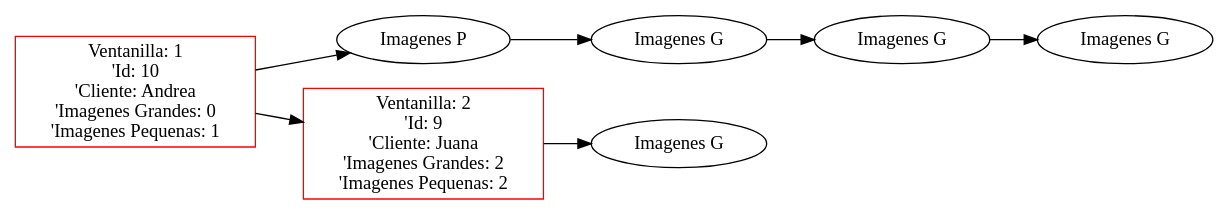
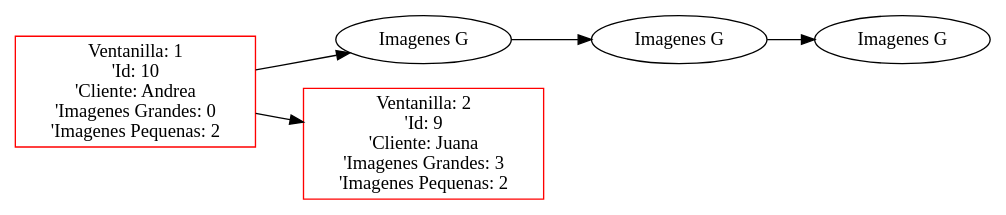
The diagram in Proyecto1/Proyecto1_202200089/Pruebas/PJ/Ventanilla.dot (FranklinONP/EDD_PROYECTO_202200089), drawn with Graphviz before and after one commit. The commit also changed 10 other files, not shown here.

```diff
--- a/Proyecto1/Proyecto1_202200089/Pruebas/PJ/Ventanilla.dot
+++ b/Proyecto1/Proyecto1_202200089/Pruebas/PJ/Ventanilla.dot
@@ -1,16 +1,12 @@
  digraph G {
  rankdir=LR;
- node0 [label="Ventanilla: 1\n'Id: 10\n'Cliente: Andrea\n'Imagenes Grandes: 0\n'Imagenes Pequenas: 1", color="red", shape="rectangle"];
- element00 [label="Imagenes P", shape="ellipse"];
+ node0 [label="Ventanilla: 1\n'Id: 10\n'Cliente: Andrea\n'Imagenes Grandes: 0\n'Imagenes Pequenas: 2", color="red", shape="rectangle"];
+ element00 [label="Imagenes G", shape="ellipse"];
  node0 -> element00 [dir="forward"];
  element00 -> element01 [dir="forward"];
  element01 [label="Imagenes G", shape="ellipse"];
  element01 -> element02 [dir="forward"];
  element02 [label="Imagenes G", shape="ellipse"];
- element02 -> element03 [dir="forward"];
- element03 [label="Imagenes G", shape="ellipse"];
- node1 [label="Ventanilla: 2\n'Id: 9\n'Cliente: Juana\n'Imagenes Grandes: 2\n'Imagenes Pequenas: 2", color="red", shape="rectangle"];
- element10 [label="Imagenes G", shape="ellipse"];
- node1 -> element10 [dir="forward"];
+ node1 [label="Ventanilla: 2\n'Id: 9\n'Cliente: Juana\n'Imagenes Grandes: 3\n'Imagenes Pequenas: 2", color="red", shape="rectangle"];
  node0 -> node1 [dir="forward"];
  }
```
